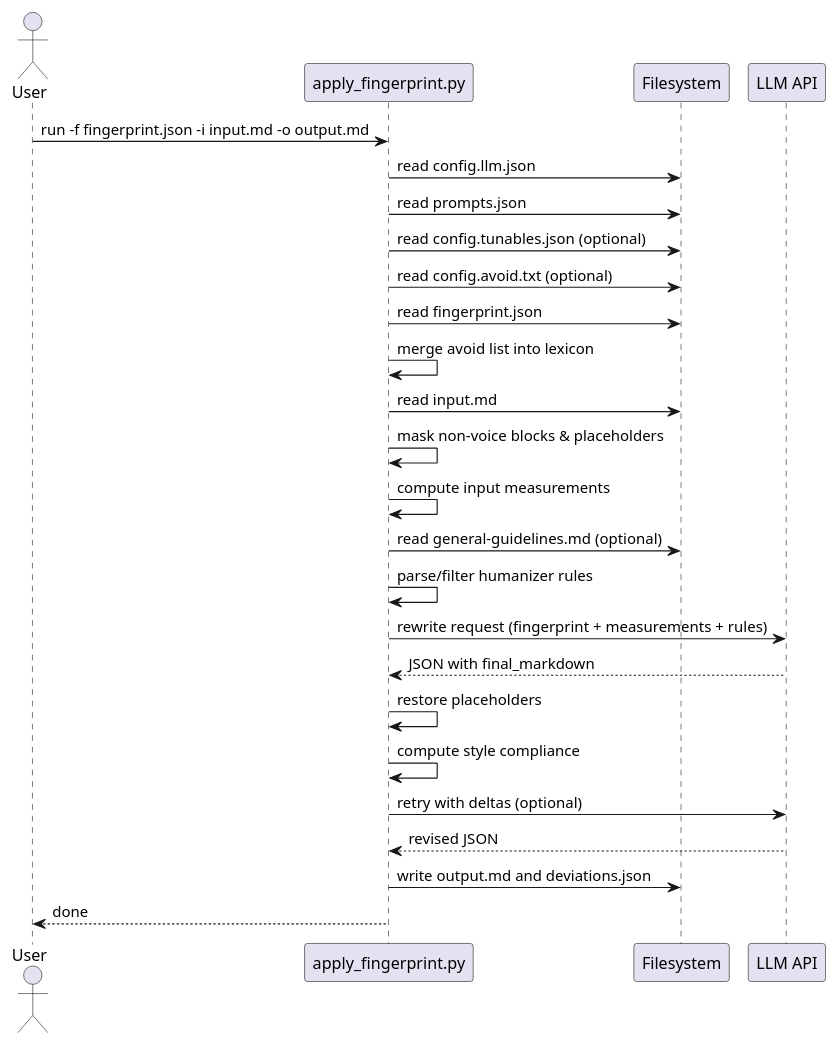
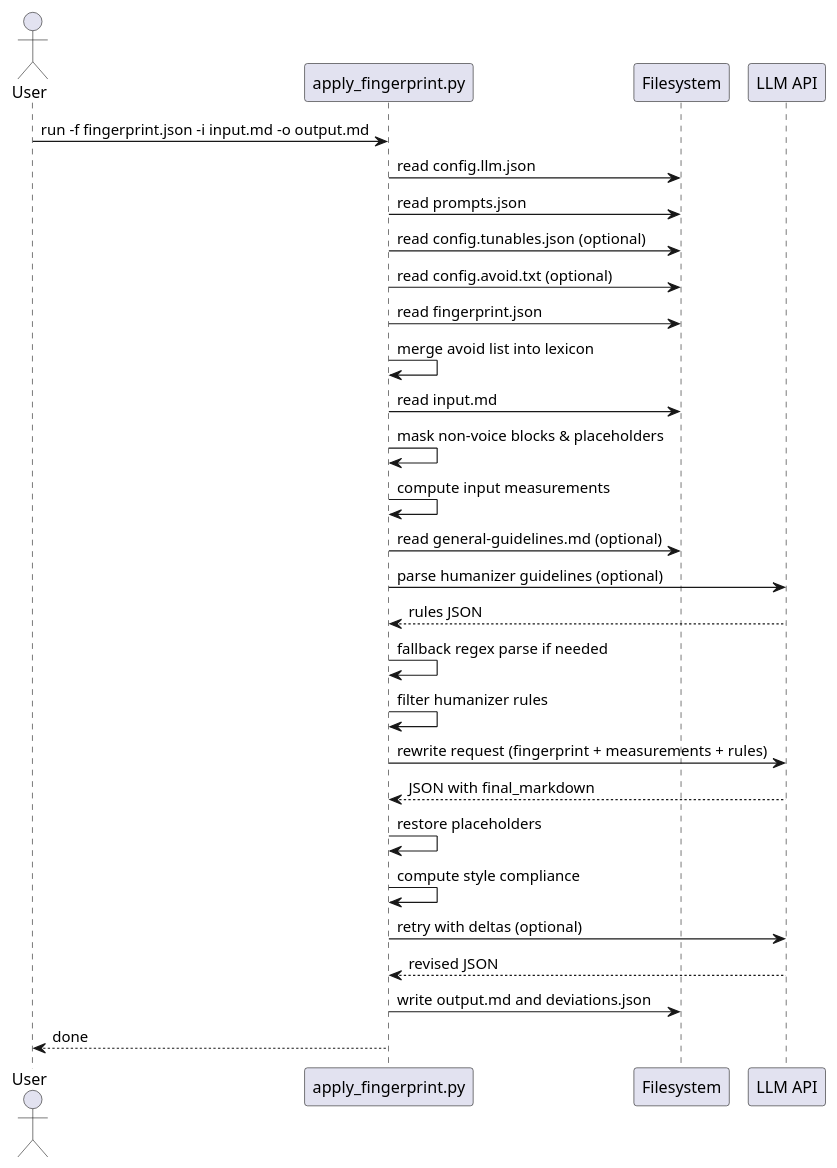
Before and after one commit to ngpepin/stylometric-transfer: the third of 3 diagrams in UML-Apply.md, drawn with PlantUML. The commit also changed other lines of this file and 6 other files, not shown here.

Commit message:
feat: enhance humanizer guidelines parsing with LLM integration and fallback options

````diff
--- a/UML-Apply.md
+++ b/UML-Apply.md
@@ -117,29 +122,32 @@
 ```plantuml
 @startuml
 actor User
 participant "apply_fingerprint.py" as AF
 participant "Filesystem" as FS
 participant "LLM API" as LLM
 
 User -> AF : run -f fingerprint.json -i input.md -o output.md
 AF -> FS : read config.llm.json
 AF -> FS : read prompts.json
 AF -> FS : read config.tunables.json (optional)
 AF -> FS : read config.avoid.txt (optional)
 AF -> FS : read fingerprint.json
 AF -> AF : merge avoid list into lexicon
 AF -> FS : read input.md
 AF -> AF : mask non-voice blocks & placeholders
 AF -> AF : compute input measurements
 AF -> FS : read general-guidelines.md (optional)
-AF -> AF : parse/filter humanizer rules
+AF -> LLM : parse humanizer guidelines (optional)
+LLM --> AF : rules JSON
+AF -> AF : fallback regex parse if needed
+AF -> AF : filter humanizer rules
 AF -> LLM : rewrite request (fingerprint + measurements + rules)
 LLM --> AF : JSON with final_markdown
 AF -> AF : restore placeholders
 AF -> AF : compute style compliance
 AF -> LLM : retry with deltas (optional)
 LLM --> AF : revised JSON
 AF -> FS : write output.md and deviations.json
 AF --> User : done
 @enduml
 ```
````
